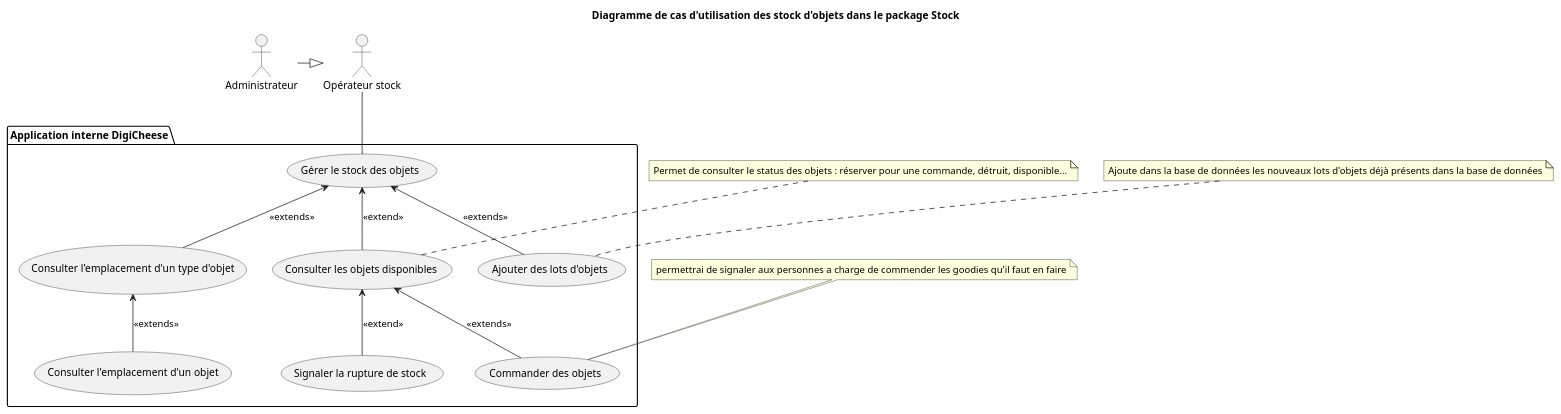
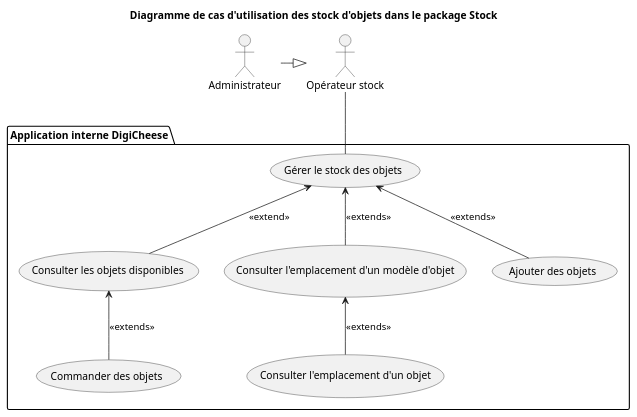
Before and after one commit to Bluwen/Conception_d_une_application_informatique: the diagram in Cas_d_utilisation/Cas_utilisation_gestion_stock_objet.puml, drawn with PlantUML. The commit also changed 5 other files, not shown here.

```diff
--- a/Cas_d_utilisation/Cas_utilisation_gestion_stock_objet.puml
+++ b/Cas_d_utilisation/Cas_utilisation_gestion_stock_objet.puml
@@ -1,49 +1,49 @@
 @startuml Cas d'utilisation de la gestion des stocks objets
 
 actor "Opérateur stock"
 actor "Administrateur"
 
 package "Application interne DigiCheese" {
     
     'usecase Ajouter_un_nouvel_objet
     'usecase Modifier_les_données_d_un_objet
 
     usecase "Gérer le stock des objets"
     
     usecase "Consulter les objets disponibles"
-    usecase "Signaler la rupture de stock"
+    'usecase "Signaler la rupture de stock"
     usecase "Commander des objets"
 
-    usecase "Consulter l'emplacement d'un type d'objet"
+    usecase "Consulter l'emplacement d'un modèle d'objet"
     usecase "Consulter l'emplacement d'un objet"
 
-    usecase "Ajouter des lots d'objets"
+    usecase "Ajouter des objets"
 
 }
 
 "Administrateur" -|> "Opérateur stock"
 
 '"Administrateur" -- Ajouter_un_nouvel_objet
 '"Administrateur" -- Modifier_les_données_d_un_objet
 
 "Opérateur stock" -- "Gérer le stock des objets"
 "Gérer le stock des objets" <-- "Consulter les objets disponibles" : <<extend>>
-"Consulter les objets disponibles" <-- "Signaler la rupture de stock" : <<extend>>
+'"Consulter les objets disponibles" <-- "Signaler la rupture de stock" : <<extend>>
 "Consulter les objets disponibles" <-- "Commander des objets" : <<extends>>
 
-"Gérer le stock des objets" <-- "Consulter l'emplacement d'un type d'objet" : <<extends>>
-"Consulter l'emplacement d'un type d'objet" <-- "Consulter l'emplacement d'un objet" : <<extends>>
+"Gérer le stock des objets" <-- "Consulter l'emplacement d'un modèle d'objet" : <<extends>>
+"Consulter l'emplacement d'un modèle d'objet" <-- "Consulter l'emplacement d'un objet" : <<extends>>
 
-"Gérer le stock des objets" <-- "Ajouter des lots d'objets" : <<extends>>
+"Gérer le stock des objets" <-- "Ajouter des objets" : <<extends>>
 
-note "Permet de consulter le status des objets : réserver pour une commande, détruit, disponible..." as N1
-N1 .. "Consulter les objets disponibles"
+'note "Permet de consulter le status des objets : réserver pour une commande, détruit, disponible..." as N1
+'N1 .. "Consulter les objets disponibles"
 
-note "permettrai de signaler aux personnes a charge de commender les goodies qu'il faut en faire" as N2
-N2 .. "Commander des objets"
+'note "permettrai de signaler aux personnes a charge de commender les goodies qu'il faut en faire" as N2
+'N2 .. "Commander des objets"
 
-note "Ajoute dans la base de données les nouveaux lots d'objets déjà présents dans la base de données" as N3
-N3 .. "Ajouter des lots d'objets"
+'note "Ajoute dans la base de données les nouveaux lots d'objets déjà présents dans la base de données" as N3
+'N3 .. "Ajouter des lots d'objets"
 
 title Diagramme de cas d'utilisation des stock d'objets dans le package Stock
 @enduml
```
